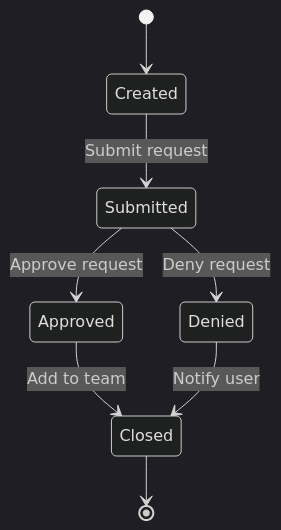
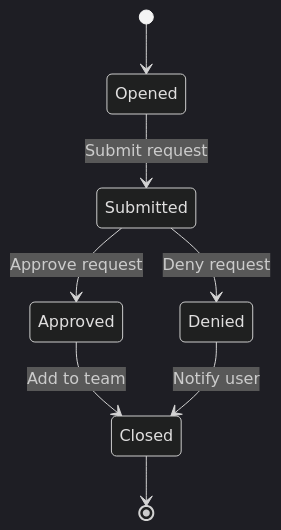
One commit to issue-ops/docs changed the diagram in docs/content/introduction/index.mdx. Above: the diagram before and after it, drawn with Mermaid (dark theme). The commit also changed other lines of this file, not shown here.

````diff
--- a/docs/content/introduction/index.mdx
+++ b/docs/content/introduction/index.mdx
@@ -123,15 +123,15 @@
 ```mermaid
 stateDiagram-v2
-  1 : Created
+  1 : Opened
   2 : Submitted
   3 : Approved
   4 : Denied
   5 : Closed
   [*] --> 1
   1 --> 2 : Submit request
   2 --> 3 : Approve request
   2 --> 4 : Deny request
   3 --> 5 : Add to team
   4 --> 5 : Notify user
   5 --> [*]
 ```
````
